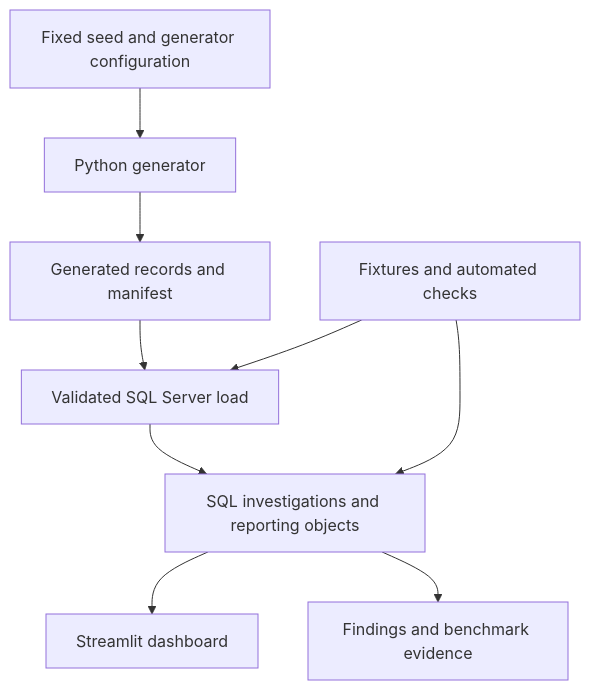
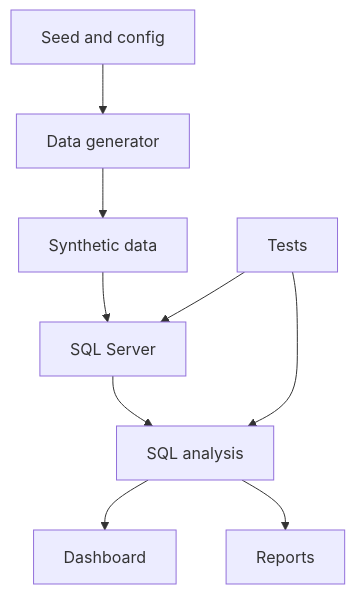
Before and after one commit to rleenrwd/InnoStaff: the diagram in docs/architecture/innostaff-system-architecture.md, drawn with Mermaid. The commit also changed 1 other file, not shown here.

Commit message:
docs: fix link in README file and labels in mermaid block

````diff
--- a/docs/architecture/innostaff-system-architecture.md
+++ b/docs/architecture/innostaff-system-architecture.md
@@ -13,11 +13,11 @@
 ```mermaid
 flowchart TD
-    A["Fixed seed and generator configuration"] --> B["Python generator"]
-    B --> C["Generated records and manifest"]
-    C --> D["Validated SQL Server load"]
-    D --> E["SQL investigations and reporting objects"]
-    E --> F["Streamlit dashboard"]
-    E --> G["Findings and benchmark evidence"]
-    H["Fixtures and automated checks"] --> D
+    A["Seed and config"] --> B["Data generator"]
+    B --> C["Synthetic data"]
+    C --> D["SQL Server"]
+    D --> E["SQL analysis"]
+    E --> F["Dashboard"]
+    E --> G["Reports"]
+    H["Tests"] --> D
     H --> E
 ```
````
